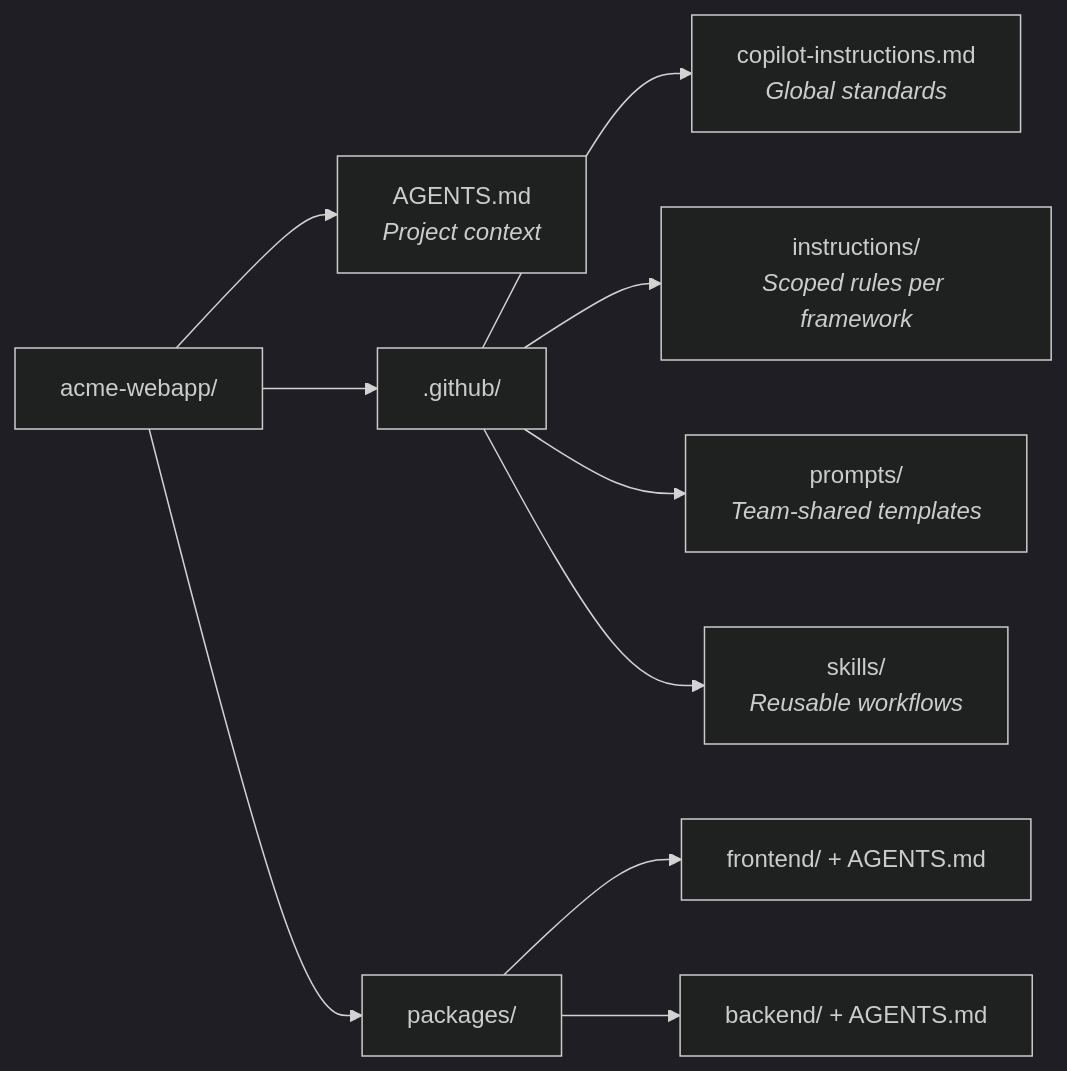
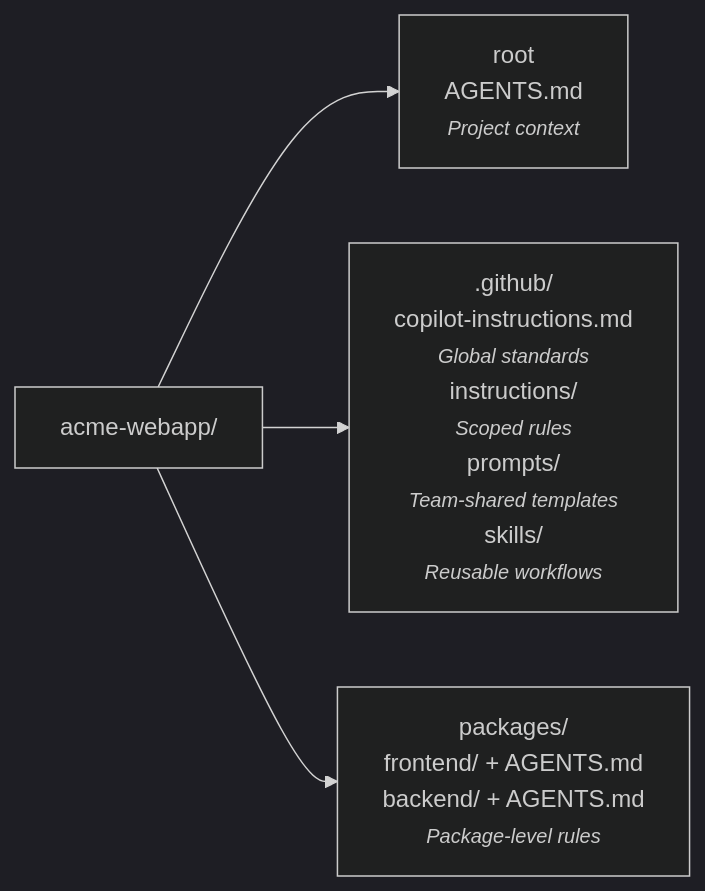
The fifth of 23 diagrams in context-engineering-tech-talk.md (HipsterZipster/context-management-presentation), drawn with Mermaid (dark theme) before and after one commit. The commit also changed other lines of this file and 20 other files, not shown here.

````diff
--- a/context-engineering-tech-talk.md
+++ b/context-engineering-tech-talk.md
@@ -169,16 +170,7 @@
 ```mermaid
-graph LR
+flowchart LR
     Root["acme-webapp/"]
-
-    Root --> AGENTS["AGENTS.md<br/><i>Project context</i>"]
-    Root --> GH[".github/"]
-    Root --> PKG["packages/"]
-
-    GH --> CPI["copilot-instructions.md<br/><i>Global standards</i>"]
-    GH --> INST["instructions/<br/><i>Scoped rules per framework</i>"]
-    GH --> PROMPTS["prompts/<br/><i>Team-shared templates</i>"]
-    GH --> WS["skills/<br/><i>Reusable workflows</i>"]
-
-    PKG --> FE["frontend/ + AGENTS.md"]
-    PKG --> BE["backend/ + AGENTS.md"]
+    Root --> O1["root<br/>AGENTS.md<br/><small><i>Project context</i></small>"]
+    Root --> O2[".github/<br/>copilot-instructions.md<br/><small><i>Global standards</i></small><br/>instructions/<br/><small><i>Scoped rules</i></small><br/>prompts/<br/><small><i>Team-shared templates</i></small><br/>skills/<br/><small><i>Reusable workflows</i></small>"]
+    Root --> O3["packages/<br/>frontend/ + AGENTS.md<br/>backend/ + AGENTS.md<br/><small><i>Package-level rules</i></small>"]
 ```
````
